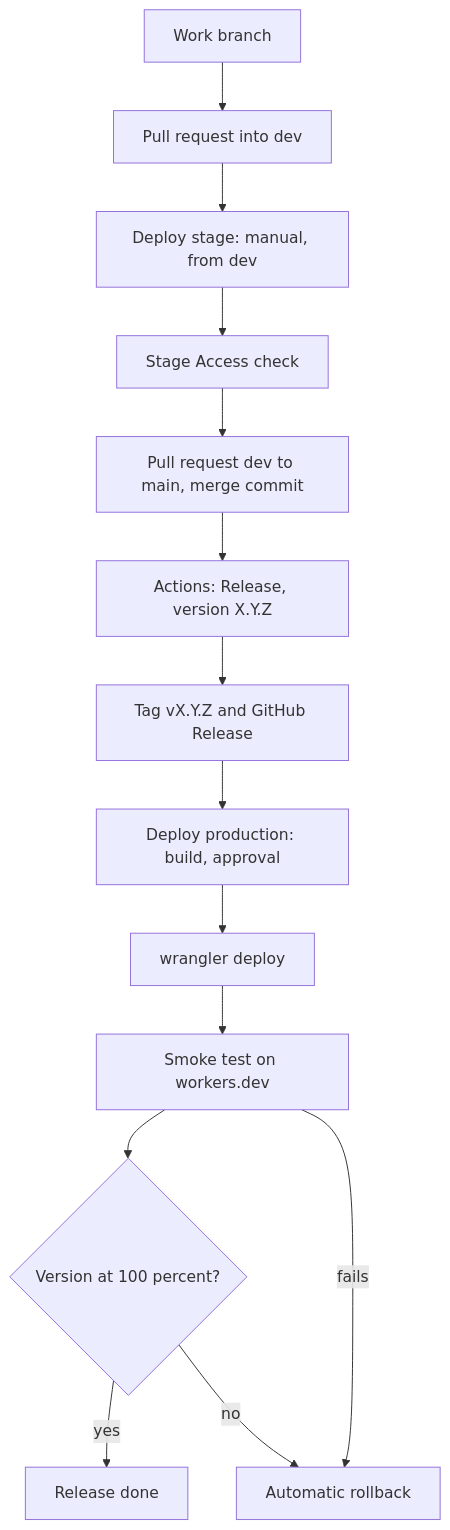
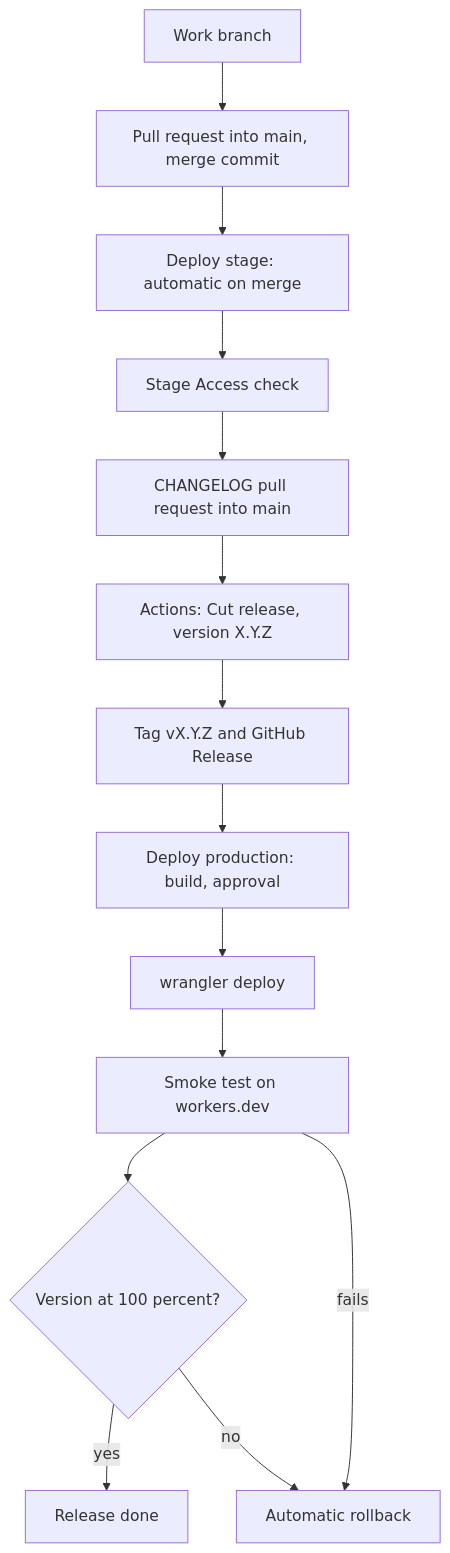
One commit to greenblacked/Notes changed the diagram in content/runbooks/cloudflare-workers-deploy-and-rollback.md. Above: the diagram before and after it, drawn with Mermaid. The commit also changed other lines of this file and 5 other files, not shown here.

Commit message:
docs: describe the main-only delivery flow

````diff
--- a/content/runbooks/cloudflare-workers-deploy-and-rollback.md
+++ b/content/runbooks/cloudflare-workers-deploy-and-rollback.md
@@ -36,16 +36,16 @@
 ```mermaid
 flowchart TD
-    A[Work branch] --> P[Pull request into dev]
-    P --> B[Deploy stage: manual, from dev]
+    A[Work branch] --> P[Pull request into main, merge commit]
+    P --> B[Deploy stage: automatic on merge]
     B --> C[Stage Access check]
-    C --> M[Pull request dev to main, merge commit]
-    M --> D[Actions: Release, version X.Y.Z]
+    C --> M[CHANGELOG pull request into main]
+    M --> D[Actions: Cut release, version X.Y.Z]
     D --> E[Tag vX.Y.Z and GitHub Release]
     E --> F[Deploy production: build, approval]
     F --> G[wrangler deploy]
     G --> H[Smoke test on workers.dev]
     H --> I{Version at 100 percent?}
     I -- yes --> J[Release done]
     I -- no --> K[Automatic rollback]
     H -- fails --> K
 ```
````
